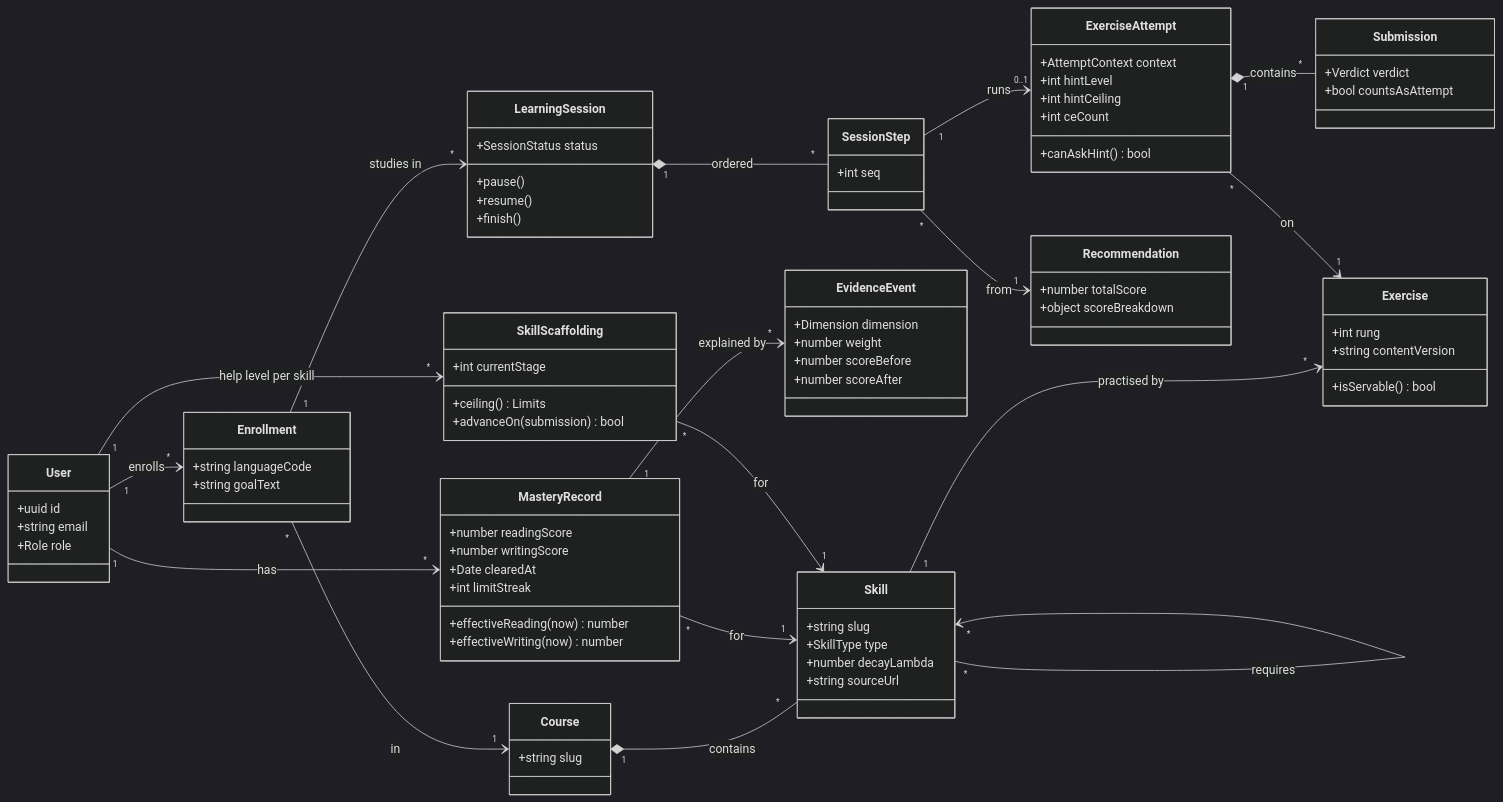
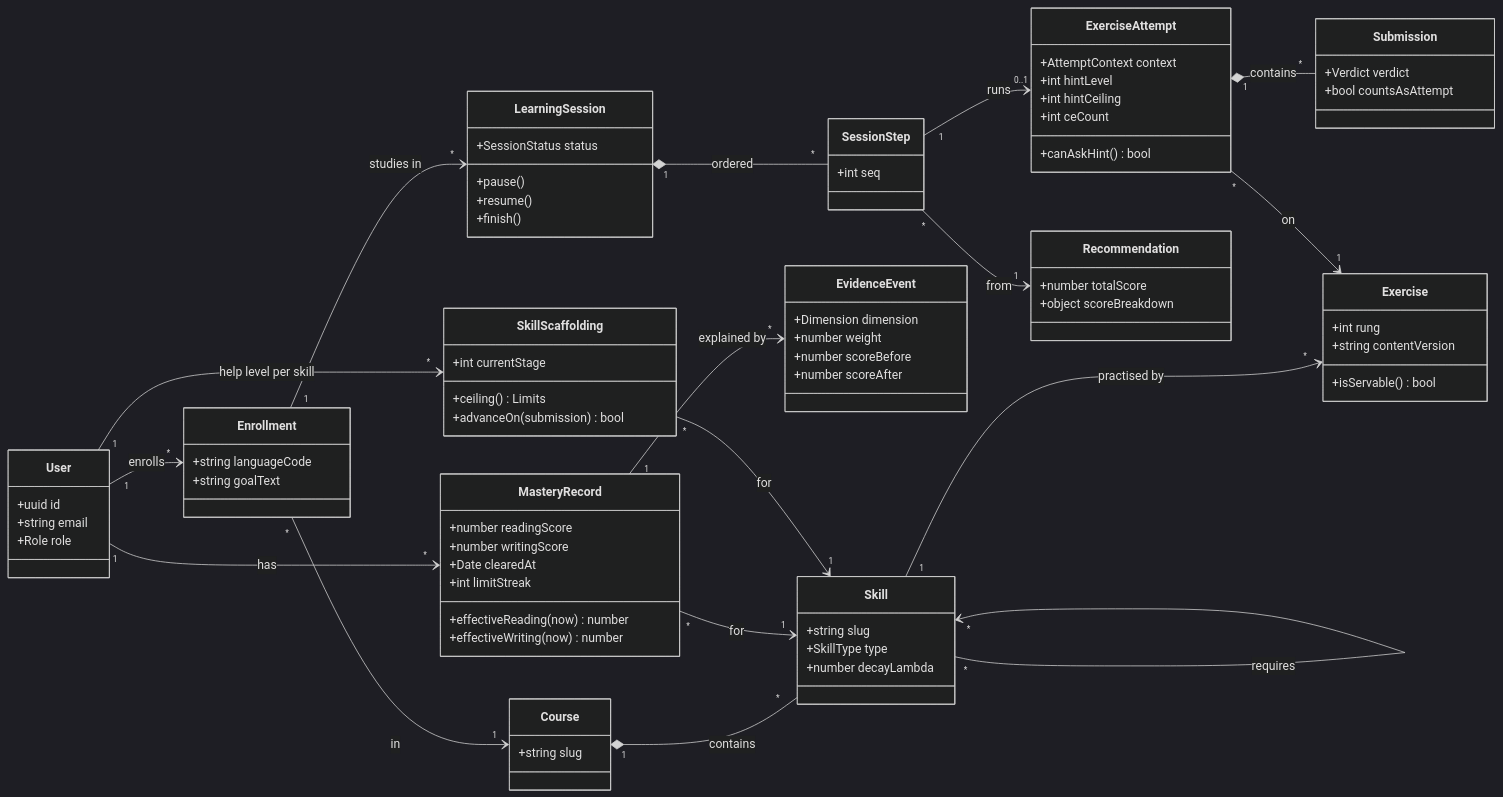
Diagram 17 of 32 in DOCS/phase-2/MP3-System-Design.md (Nidanos/ai-tutor-platform), drawn with Mermaid (dark theme) before and after one commit. The commit also changed other lines of this file and 2 other files, not shown here.

```diff
--- a/DOCS/phase-2/MP3-System-Design.md
+++ b/DOCS/phase-2/MP3-System-Design.md
@@ -1141,7 +1140,6 @@
     +string slug
     +SkillType type
     +number decayLambda
-    +string sourceUrl
   }
   class MasteryRecord {
     +number readingScore
```
